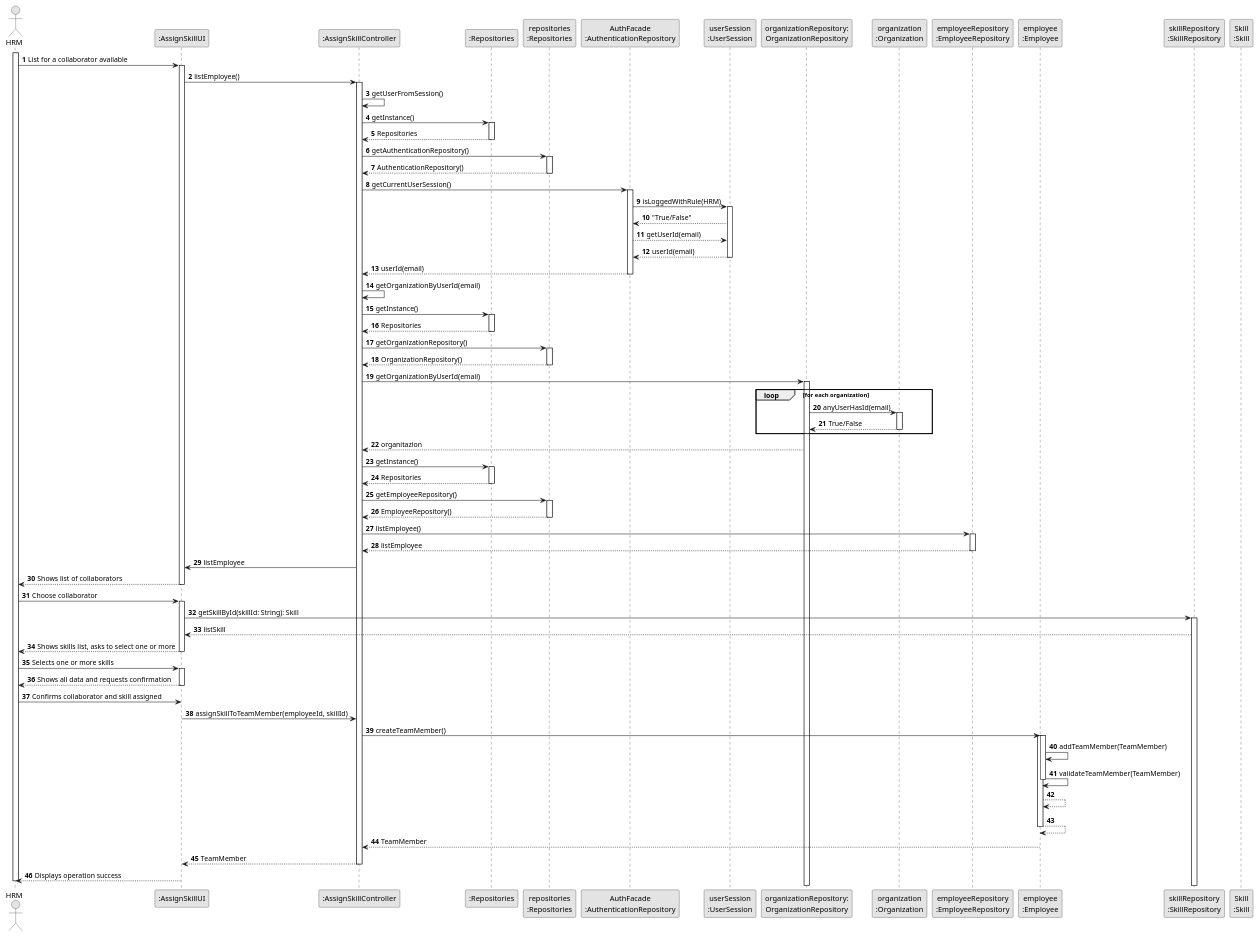
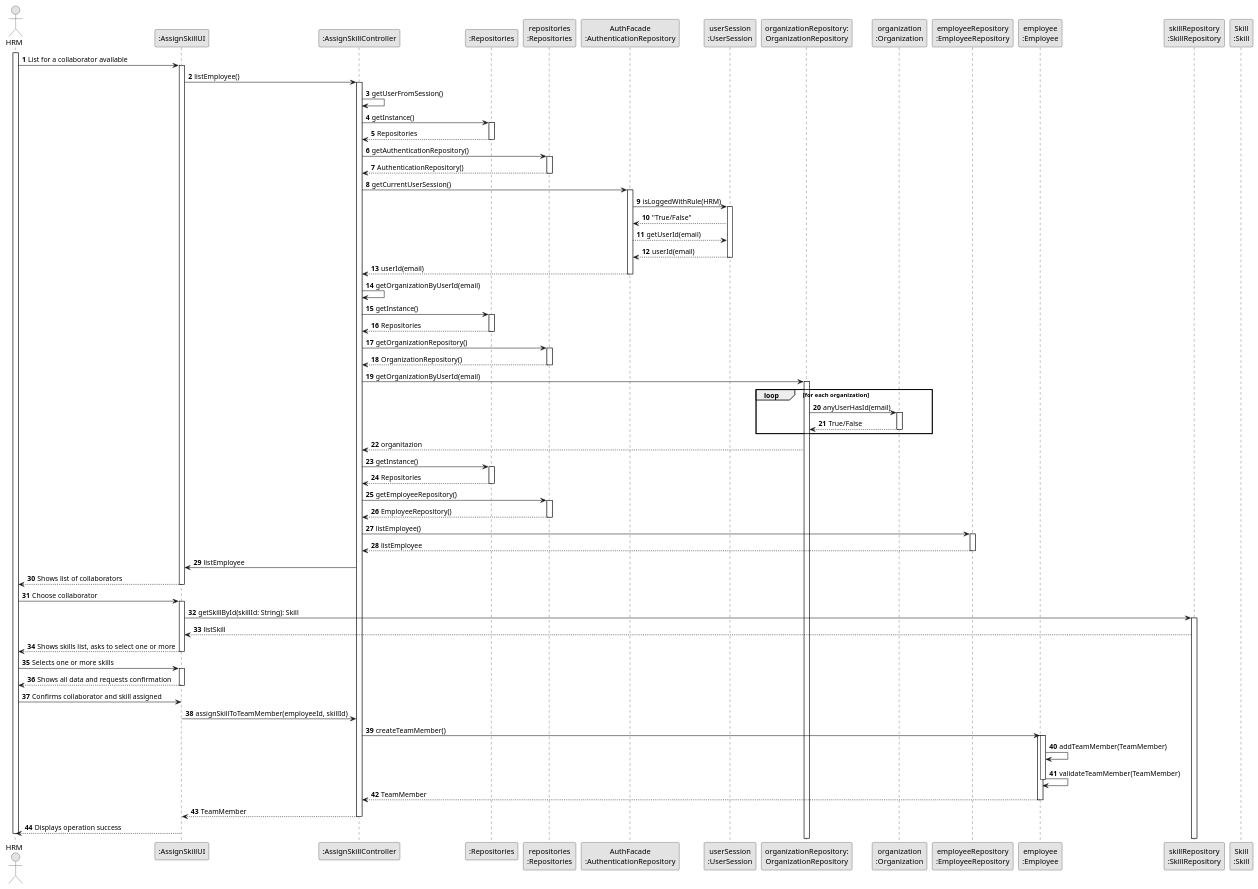
One commit to Mendoncaa/LAPR2 changed the diagram in docs/sprintC/us004/03.design/puml/us004-sequence-diagram-full.puml. Above: the diagram before and after it, drawn with PlantUML. The commit also changed 12 other files, not shown here.

Commit message:
ssd (US01; US04); class diagram and sequence diagram (US28; US29), code test AssignSkillControllerTes, CreateSkillControllerTest

```diff
--- a/docs/sprintC/us004/03.design/puml/us004-sequence-diagram-full.puml
+++ b/docs/sprintC/us004/03.design/puml/us004-sequence-diagram-full.puml
@@ -1,160 +1,148 @@
 @startuml
 skinparam monochrome true
 skinparam packageStyle rectangle
 skinparam shadowing false
 
 autonumber
 
 'hide footbox
 
 actor "HRM" as ADM
 participant ":AssignSkillUI" as UI
 participant ":AssignSkillController" as CTRL
 participant ":Repositories" as RepositorySingleton
 participant "repositories\n:Repositories" as PLAT
 participant "AuthFacade\n:AuthenticationRepository" as AUTHREP
 participant "userSession\n:UserSession" as USER
 participant "organizationRepository:\nOrganizationRepository" as OrganizationRepository
 participant "organization\n:Organization" as ORG
 participant "employeeRepository\n:EmployeeRepository" as EmployeeRepository
 participant "employee\n:Employee" as Employee
 participant "skillRepository\n:SkillRepository" as SkillRepository
 participant "Skill\n:Skill" as SKILL
 
 activate ADM
 
     ADM -> UI : List for a collaborator available
     activate UI
 
     UI -> CTRL : listEmployee()
     activate CTRL
 
     CTRL -> CTRL : getUserFromSession()
 
         CTRL -> RepositorySingleton : getInstance()
         activate RepositorySingleton
         CTRL <-- RepositorySingleton : Repositories
         deactivate RepositorySingleton
 
         CTRL -> PLAT : getAuthenticationRepository()
         activate PLAT
         CTRL <-- PLAT : AuthenticationRepository()
         deactivate PLAT
 
         CTRL -> AUTHREP : getCurrentUserSession()
         activate AUTHREP
 
         AUTHREP -> USER : isLoggedWithRule(HRM)
         activate USER
 
         AUTHREP <-- USER : "True/False"
         AUTHREP --> USER : getUserId(email)
         AUTHREP <-- USER : userId(email)
         deactivate USER
 
         CTRL <-- AUTHREP : userId(email)
         deactivate AUTHREP
 
         CTRL -> CTRL : getOrganizationByUserId(email)
 
         CTRL -> RepositorySingleton : getInstance()
         activate RepositorySingleton
         CTRL <-- RepositorySingleton : Repositories
         deactivate RepositorySingleton
 
         CTRL -> PLAT : getOrganizationRepository()
         activate PLAT
         CTRL <-- PLAT : OrganizationRepository()
         deactivate PLAT
 
         CTRL -> OrganizationRepository :getOrganizationByUserId(email)
         activate OrganizationRepository
         loop for each organization
         OrganizationRepository -> ORG : anyUserHasId(email)
         activate ORG
         OrganizationRepository <-- ORG : True/False
         deactivate ORG
         end loop
 
         CTRL <-- OrganizationRepository : organitazion
 
 
         CTRL -> RepositorySingleton : getInstance()
         activate RepositorySingleton
         CTRL <-- RepositorySingleton : Repositories
         deactivate RepositorySingleton
 
         CTRL -> PLAT : getEmployeeRepository()
         activate PLAT
         CTRL <-- PLAT : EmployeeRepository()
         deactivate PLAT
 
         CTRL -> EmployeeRepository : listEmployee()
         activate EmployeeRepository
         CTRL <-- EmployeeRepository : listEmployee
         deactivate EmployeeRepository
 
         UI <- CTRL: listEmployee
 
 
     UI --> ADM : Shows list of collaborators
     deactivate UI
 
     ADM -> UI : Choose collaborator
     activate UI
 
         UI -> SkillRepository : getSkillById(skillId: String): Skill
         activate SkillRepository
         UI <-- SkillRepository : listSkill
         deactivate EmployeeRepository
 
     UI --> ADM : Shows skills list, asks to select one or more
     deactivate UI
 
     ADM -> UI : Selects one or more skills
     activate UI
 
     UI --> ADM : Shows all data and requests confirmation
     deactivate UI
 
     ADM -> UI : Confirms collaborator and skill assigned
     deactivate UI
 
     UI -> CTRL : assignSkillToTeamMember(employeeId, skillId)
 
     CTRL -> Employee: createTeamMember()
         activate Employee
 
         activate Employee
         Employee -> Employee: addTeamMember(TeamMember)
         Employee -> Employee: validateTeamMember(TeamMember)
 
-        deactivate Employee
 
-        Employee --> Employee
-        Employee --> Employee
         deactivate Employee
 
         Employee --> CTRL : TeamMember
 
         deactivate Employee
 
         CTRL --> UI: TeamMember
         deactivate CTRL
         UI --> ADM: Displays operation success
         deactivate UI
 
 
-
-
 deactivate ADM
 
 
-
-
-
-
-
-
-
 @enduml
```
